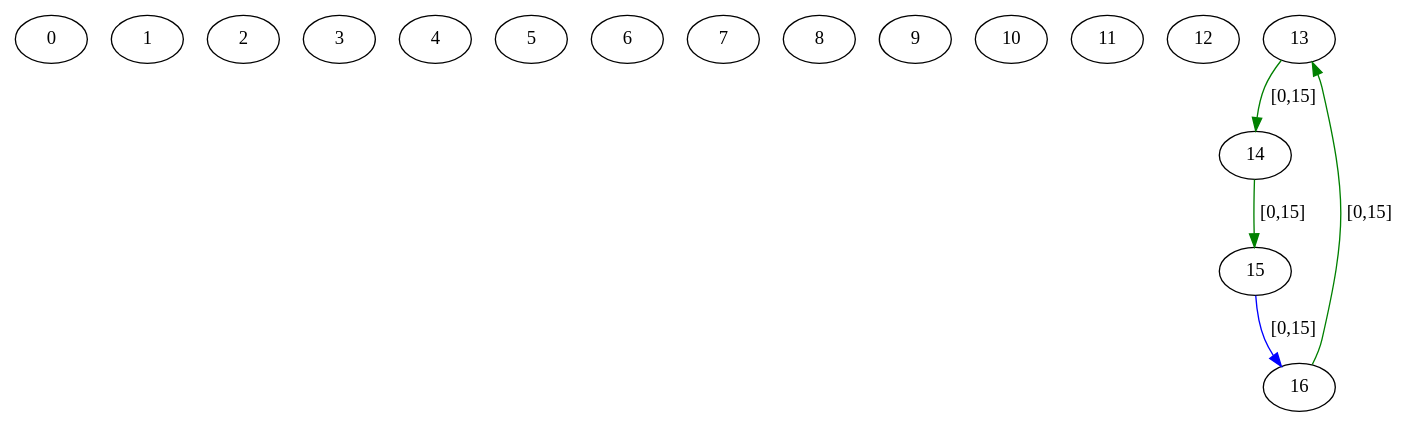
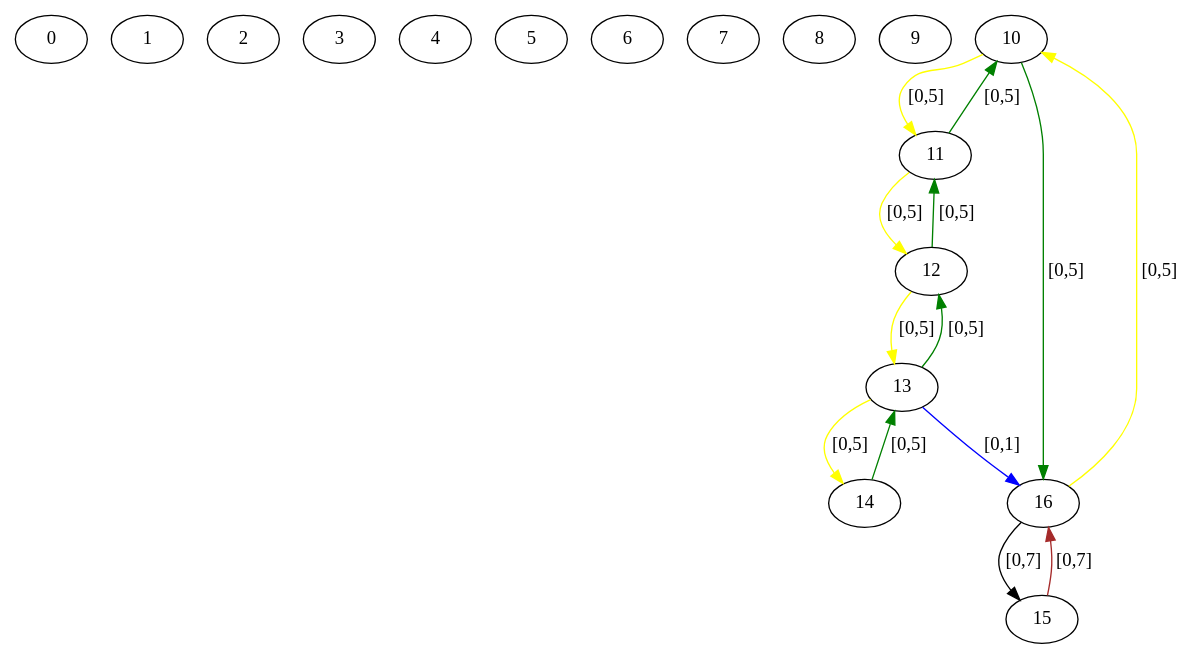
Before and after one commit to Hebbe1234/ExpectAll: the diagram in src/assignedGraphs/assigned.dot, drawn with Graphviz. The commit also changed 6 other files, not shown here.

```diff
--- a/src/assignedGraphs/assigned.dot
+++ b/src/assignedGraphs/assigned.dot
@@ -1,23 +1,32 @@
 digraph  {
 0 [label=0];
 1 [label=1];
 2 [label=2];
 3 [label=3];
 4 [label=4];
 5 [label=5];
 6 [label=6];
 7 [label=7];
 8 [label=8];
 9 [label=9];
 10 [label=10];
 11 [label=11];
 12 [label=12];
 13 [label=13];
 14 [label=14];
 15 [label=15];
 16 [label=16];
-13 -> 14  [color=green, key=0, label="[0,15]"];
-14 -> 15  [color=green, key=0, label="[0,15]"];
-15 -> 16  [color=blue, key=0, label="[0,15]"];
-16 -> 13  [color=green, key=0, label="[0,15]"];
+10 -> 16  [color=green, key=0, label="[0,5]"];
+10 -> 11  [color=yellow, key=0, label="[0,5]"];
+11 -> 10  [color=green, key=0, label="[0,5]"];
+11 -> 12  [color=yellow, key=0, label="[0,5]"];
+12 -> 11  [color=green, key=0, label="[0,5]"];
+12 -> 13  [color=yellow, key=0, label="[0,5]"];
+13 -> 16  [color=blue, key=0, label="[0,1]"];
+13 -> 12  [color=green, key=0, label="[0,5]"];
+13 -> 14  [color=yellow, key=0, label="[0,5]"];
+14 -> 13  [color=green, key=0, label="[0,5]"];
+15 -> 16  [color=brown, key=0, label="[0,7]"];
+16 -> 10  [color=yellow, key=0, label="[0,5]"];
+16 -> 15  [color=black, key=0, label="[0,7]"];
 }
```
